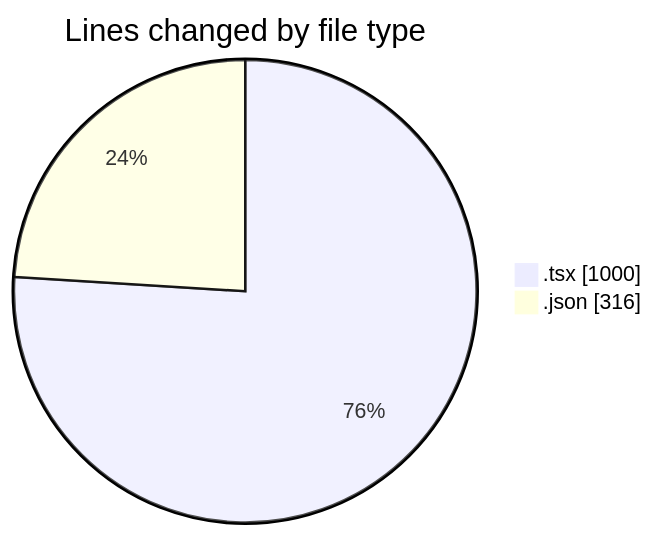
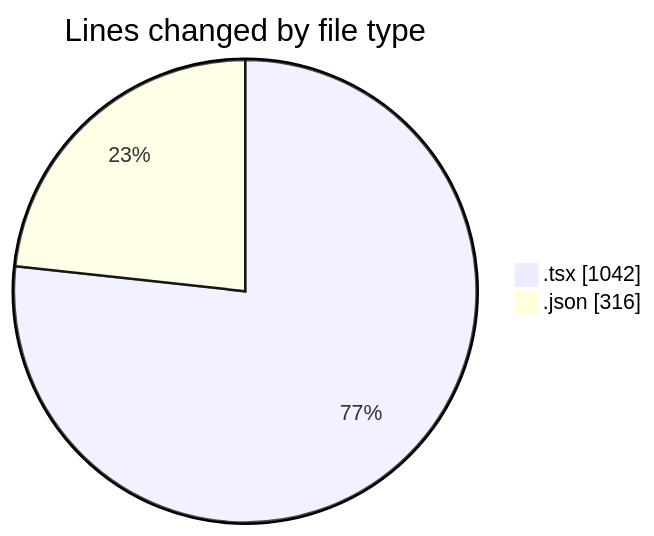
One commit to EIIisD/code-tracking changed the first of 2 diagrams in 2025-08-13/ribbon/README.md. Above: the diagram before and after it, drawn with Mermaid. The commit also changed other lines of this file and 1 other file, not shown here.

````diff
--- a/2025-08-13/ribbon/README.md
+++ b/2025-08-13/ribbon/README.md
@@ -26,6 +26,6 @@
 ```mermaid
 pie showData
 title Lines changed by file type
-".tsx" : 1000
+".tsx" : 1042
 ".json" : 316
 ```
````
